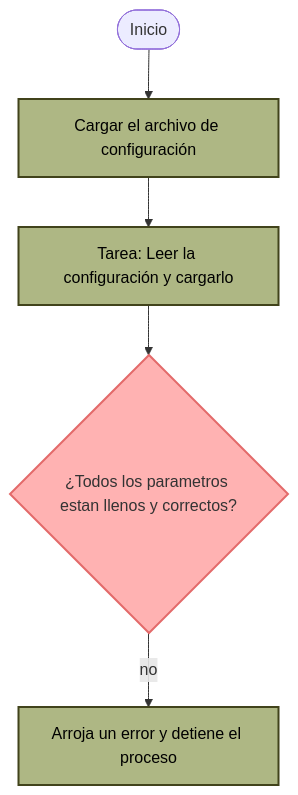
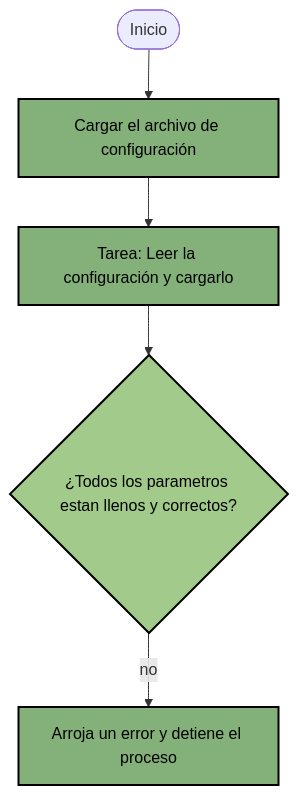
The diagram in doc/documentacion_tecnica/index.md (CristopherDev63/automatizacion-archivos), drawn with Mermaid before and after one commit. The commit also changed 1 other file, not shown here.

Commit message:
documentacion

````diff
--- a/doc/documentacion_tecnica/index.md
+++ b/doc/documentacion_tecnica/index.md
@@ -5,14 +5,14 @@
 ```mermaid 
 graph TD 
     %% Definicion de estilos 
-    classDef proceso fill:#AEB784,stroke:#41431B,stroke-width:2px, color: black
-    classDef decision fill:#FFB2B2,stroke:#E36A6A,stroke-width:2px, color black
-    classDef archivo fill:#f3e5f5,stroke:#4a148c,stroke-width:2px
-    classDef movimiento fill:#e8f5e8,stroke:#1b5e20,stroke-width:2px
-    classDef verificacion fill:#ffebee,stroke:#b71c1c,stroke-width:2px
+    classDef proceso fill:#84B179,stroke:black,stroke-width:2px, color: black
+    classDef decision fill:#A2CB8B,stroke:black,stroke-width:2px, color: black
+    classDef archivo fill:#C7EABB,stroke:black,stroke-width:2px, color: black
+    classDef movimiento fill:#E8F5BD,stroke:black,stroke-width:2px, color: black
+    classDef verificacion fill:#F8F3E1,stroke:#black,stroke-width:2px, color black
 
     Start([Inicio]) --> Config[Cargar el archivo de configuración]:::proceso
     Config --> Tarea_leer_config[Tarea: Leer la configuración y cargarlo]:::proceso
     Tarea_leer_config --> Desicion_orden_contrato{¿Todos los parametros estan llenos y correctos?}:::decision
     Desicion_orden_contrato --> |no| mensaje_error[Arroja un error y detiene el proceso]:::proceso
 ```
````
